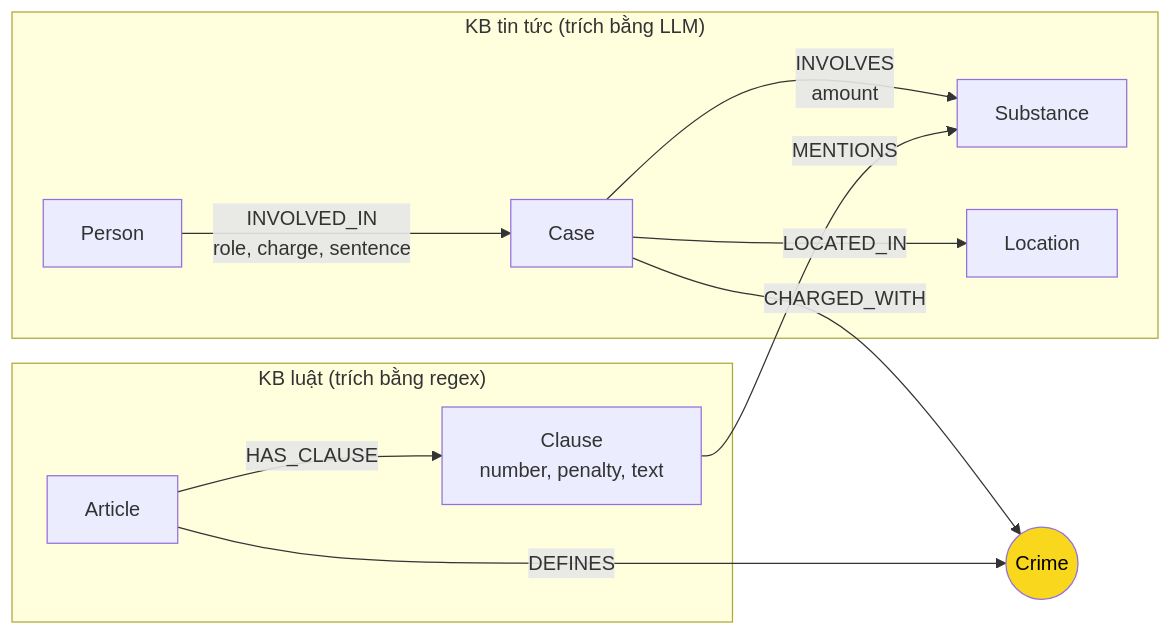
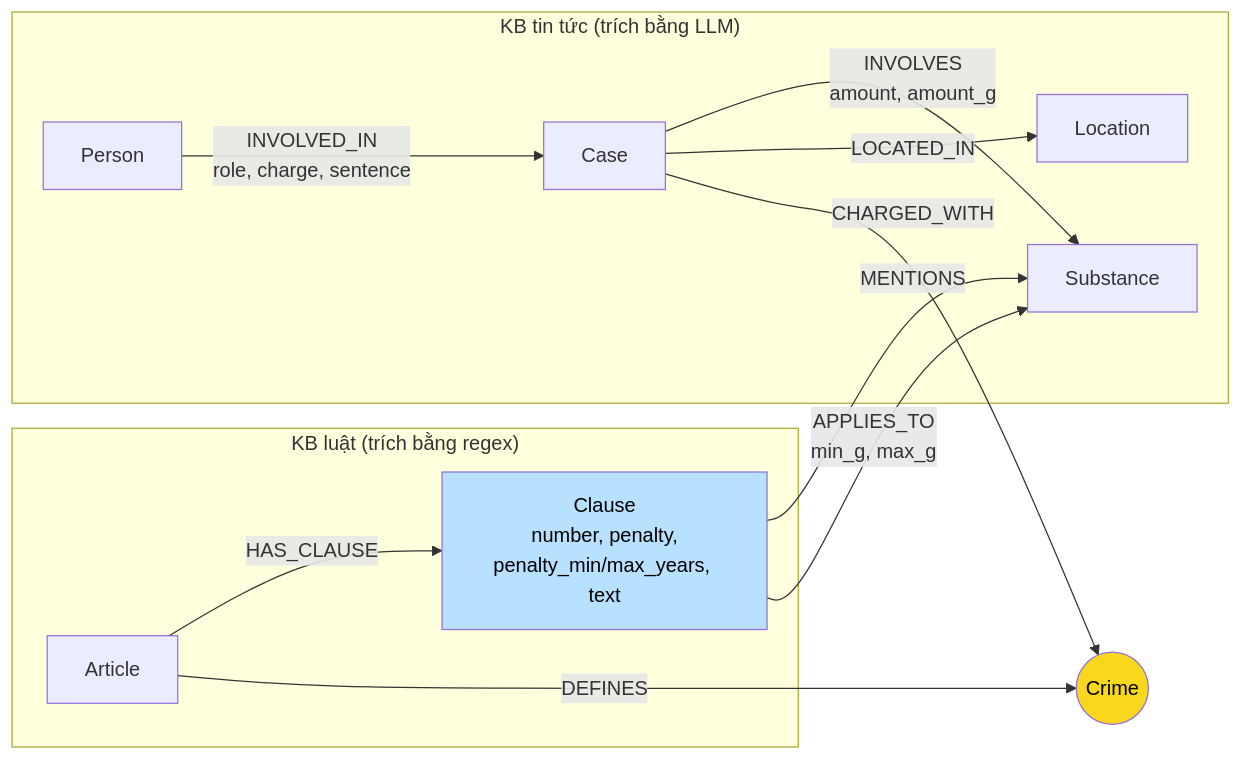
Before and after one commit to HonPy-dev/K4-DAY19-NguyenHongPhi-2A202602750: the diagram in report/ONTOLOGY.md, drawn with Mermaid. The commit also changed other lines of this file and 7 other files, not shown here.

Commit message:
Bonus: ontology v2 - APPLIES_TO nguong khoi luong, penalty years, canonical substance; GraphRAG recall 1.00/6 cau

````diff
--- a/report/ONTOLOGY.md
+++ b/report/ONTOLOGY.md
@@ -13,15 +13,17 @@
 ```mermaid
 flowchart LR
     subgraph News["KB tin tức (trích bằng LLM)"]
       P[Person] -- "INVOLVED_IN<br/>role, charge, sentence" --> K[Case]
-      K -- "INVOLVES<br/>amount" --> S[Substance]
+      K -- "INVOLVES<br/>amount, amount_g" --> S[Substance]
       K -- LOCATED_IN --> L[Location]
     end
     K -- CHARGED_WITH --> C((Crime))
     subgraph Law["KB luật (trích bằng regex)"]
-      A[Article] -- HAS_CLAUSE --> CL["Clause<br/>number, penalty, text"]
+      A[Article] -- HAS_CLAUSE --> CL["Clause<br/>number, penalty,<br/>penalty_min/max_years, text"]
       CL -- MENTIONS --> S
+      CL -- "APPLIES_TO<br/>min_g, max_g" --> S
     end
     A -- DEFINES --> C
     style C fill:#f9d71c,color:#000
+    style CL fill:#b8e0ff,color:#000
 ```
````
